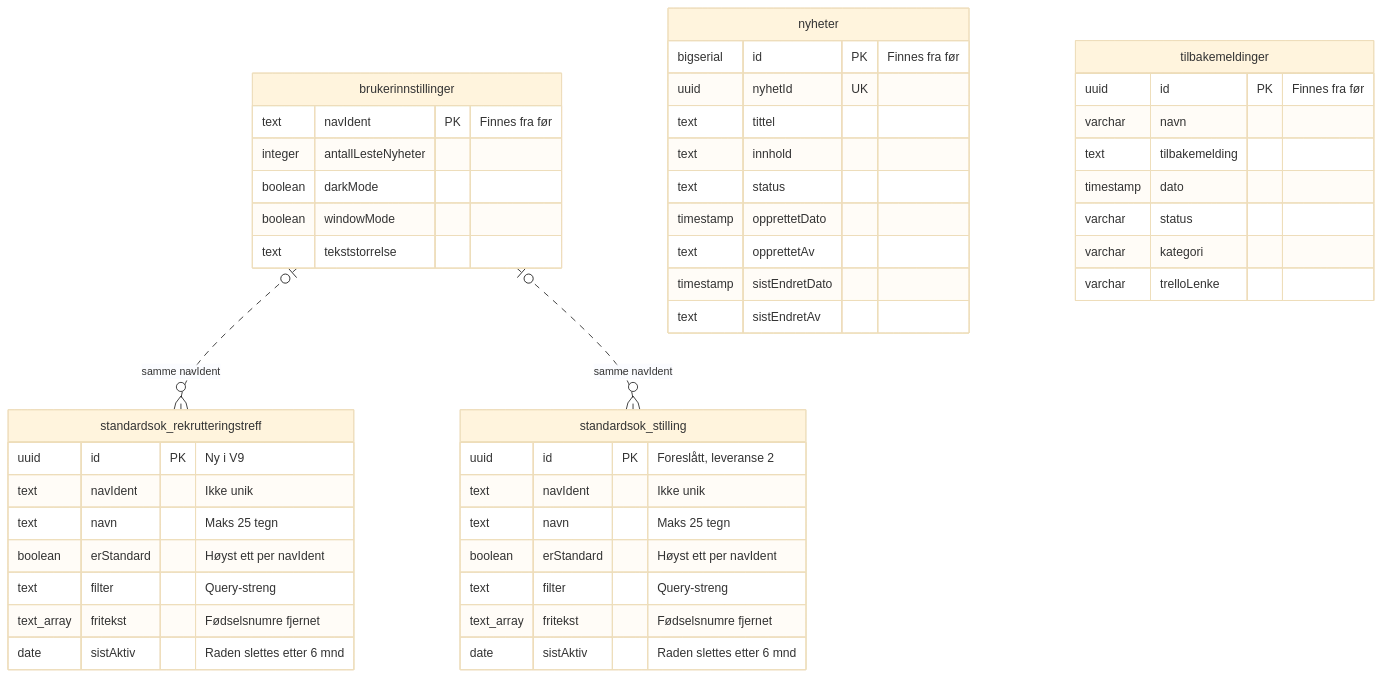
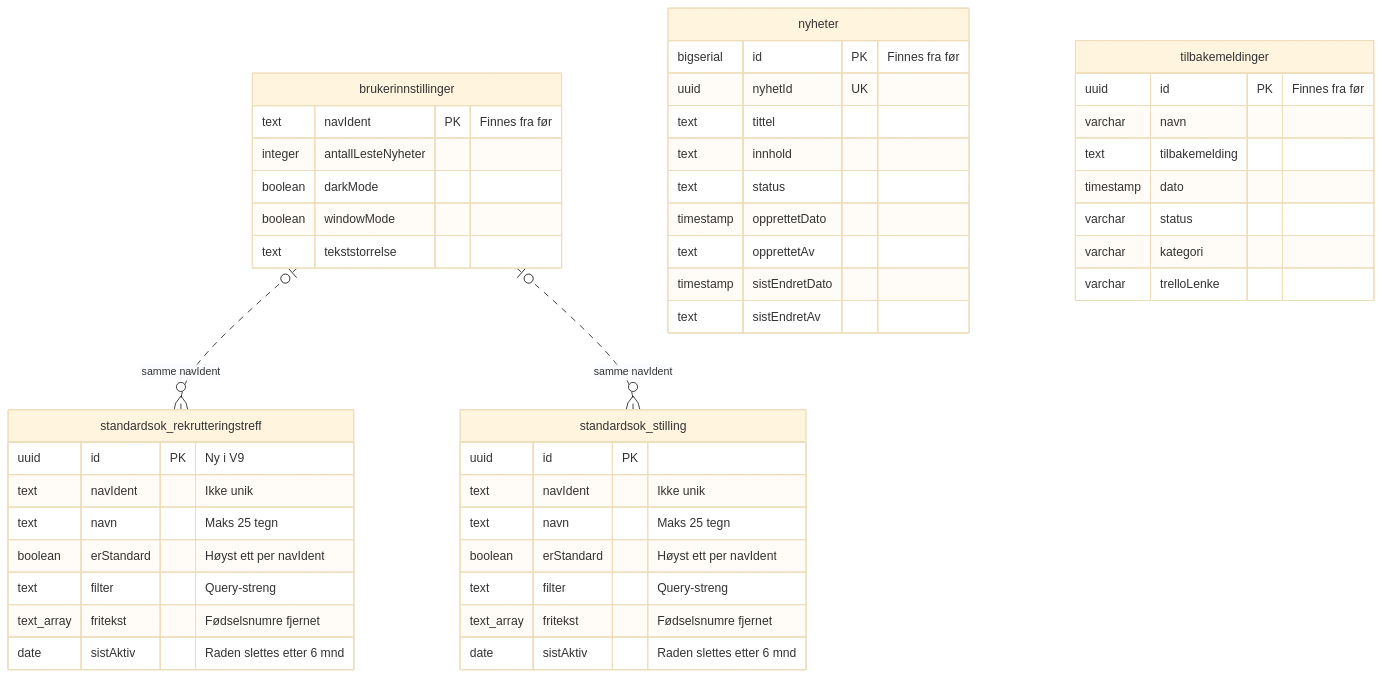
The second of 5 diagrams in docs/9-planer/standardsok.md (navikt/rekrutteringstreff-backend), drawn with Mermaid (base theme) before and after one commit. The commit also changed other lines of this file and 2 other files, not shown here.

````diff
--- a/docs/9-planer/standardsok.md
+++ b/docs/9-planer/standardsok.md
@@ -116,55 +116,55 @@
 ```mermaid
 erDiagram
     brukerinnstillinger |o..o{ standardsok_rekrutteringstreff : "samme navIdent"
     brukerinnstillinger |o..o{ standardsok_stilling : "samme navIdent"
 
     standardsok_rekrutteringstreff {
         uuid id PK "Ny i V9"
         text navIdent "Ikke unik"
         text navn "Maks 25 tegn"
         boolean erStandard "Høyst ett per navIdent"
         text filter "Query-streng"
         text_array fritekst "Fødselsnumre fjernet"
         date sistAktiv "Raden slettes etter 6 mnd"
     }
 
     standardsok_stilling {
-        uuid id PK "Foreslått, leveranse 2"
+        uuid id PK
         text navIdent "Ikke unik"
         text navn "Maks 25 tegn"
         boolean erStandard "Høyst ett per navIdent"
         text filter "Query-streng"
         text_array fritekst "Fødselsnumre fjernet"
         date sistAktiv "Raden slettes etter 6 mnd"
     }
 
     brukerinnstillinger {
         text navIdent PK "Finnes fra før"
         integer antallLesteNyheter
         boolean darkMode
         boolean windowMode
         text tekststorrelse
     }
 
     nyheter {
         bigserial id PK "Finnes fra før"
         uuid nyhetId UK
         text tittel
         text innhold
         text status
         timestamp opprettetDato
         text opprettetAv
         timestamp sistEndretDato
         text sistEndretAv
     }
 
     tilbakemeldinger {
         uuid id PK "Finnes fra før"
         varchar navn
         text tilbakemelding
         timestamp dato
         varchar status
         varchar kategori
         varchar trelloLenke
     }
 ```
````
